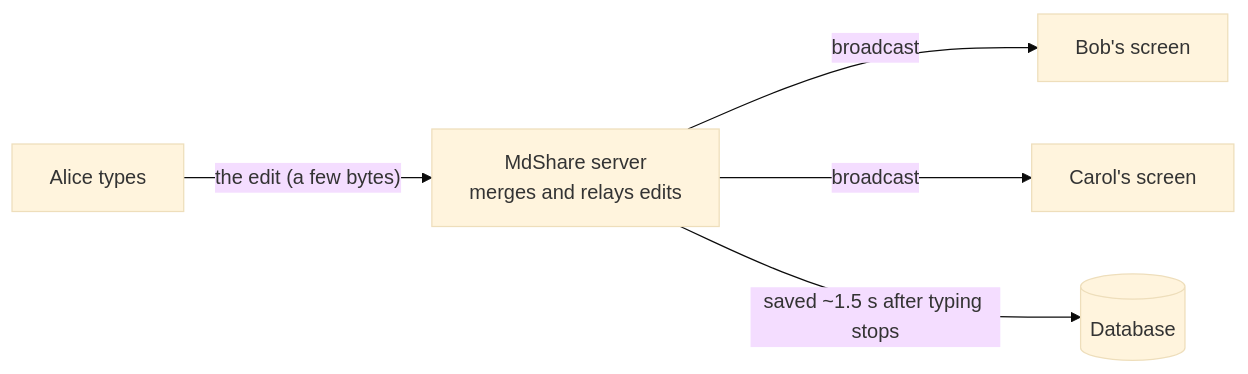
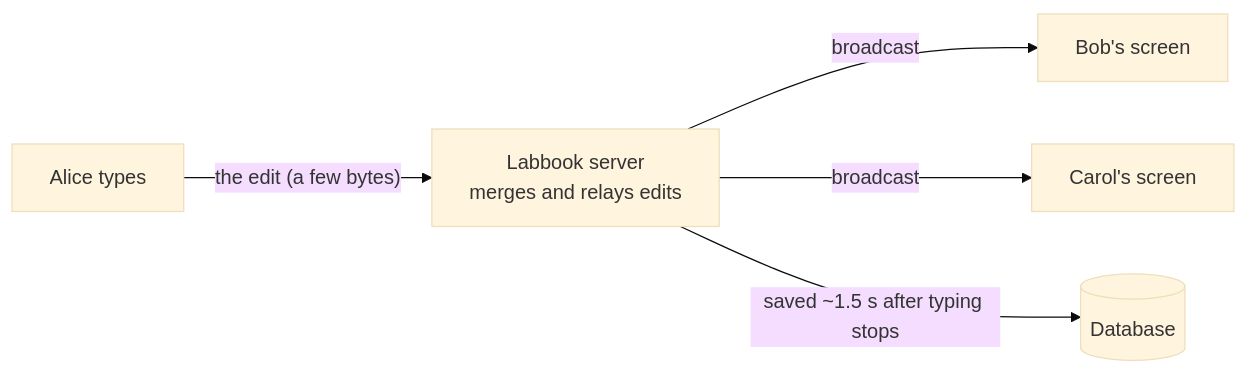
Before and after one commit to sourasb05/labnotebook: the first of 2 diagrams in README.md, drawn with Mermaid (base theme). The commit also changed other lines of this file and 19 other files, not shown here.

First line of the commit message:
Rename the app from MdShare to Labbook (#8)

````diff
--- a/README.md
+++ b/README.md
@@ -82,7 +82,7 @@
 ```mermaid
 flowchart LR
-  A["Alice types"] -- "the edit (a few bytes)" --> S["MdShare server<br/>merges and relays edits"]
+  A["Alice types"] -- "the edit (a few bytes)" --> S["Labbook server<br/>merges and relays edits"]
   S -- broadcast --> B["Bob's screen"]
   S -- broadcast --> C["Carol's screen"]
   S -- "saved ~1.5 s after typing stops" --> D[("Database")]
 ```
````
